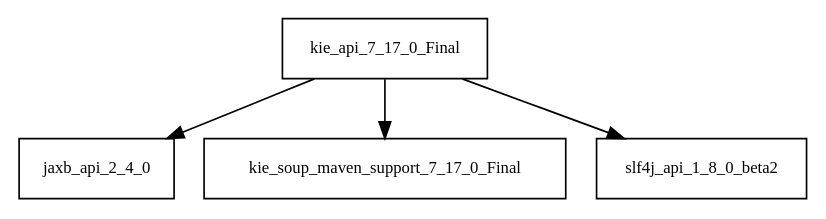
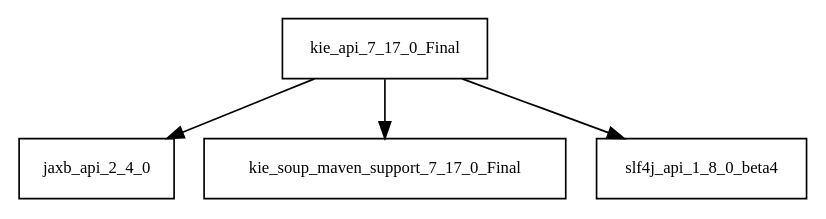
Before and after one commit to Hack23/cia: the diagram in tattleTaleReport/graphviz/kie-api-7.17.0.Final.jar/kie-api-7.17.0.Final.jar.dot, drawn with Graphviz. The commit also changed 2261 other files, not shown here.

```diff
--- a/tattleTaleReport/graphviz/kie-api-7.17.0.Final.jar/kie-api-7.17.0.Final.jar.dot
+++ b/tattleTaleReport/graphviz/kie-api-7.17.0.Final.jar/kie-api-7.17.0.Final.jar.dot
@@ -1,6 +1,6 @@
 digraph kie_api_7_17_0_Final_dependencies {
   node [shape = box, fontsize=10.0];
   kie_api_7_17_0_Final -> jaxb_api_2_4_0;
   kie_api_7_17_0_Final -> kie_soup_maven_support_7_17_0_Final;
-  kie_api_7_17_0_Final -> slf4j_api_1_8_0_beta2;
+  kie_api_7_17_0_Final -> slf4j_api_1_8_0_beta4;
 }
```
